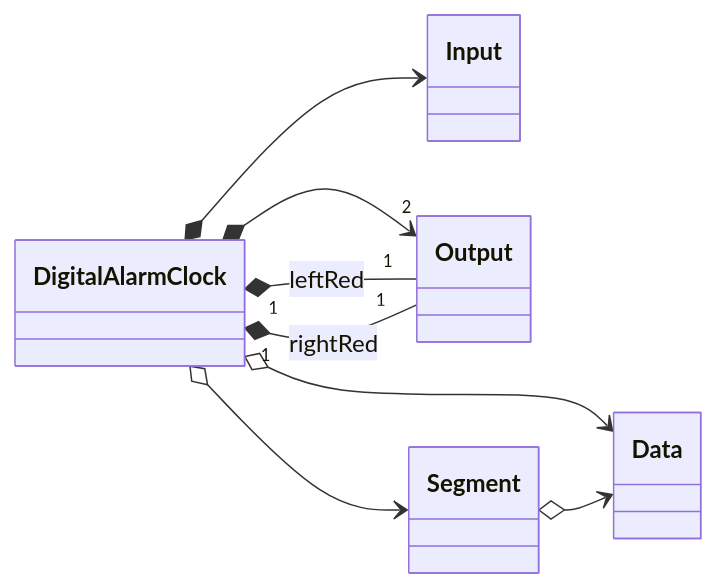
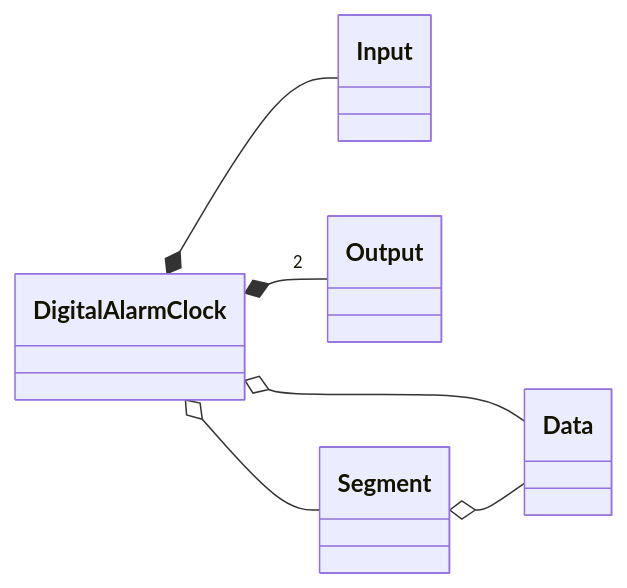
The third of 3 diagrams in README.md (vermilion9312/digital-alarm-clock), drawn with Mermaid before and after one commit. The commit also changed other lines of this file, not shown here.

````diff
--- a/README.md
+++ b/README.md
@@ -79,30 +79,28 @@
 ```mermaid
 classDiagram
 direction LR
 
 class Input {
 }
 
 class Output {
 }
 
 class Segment {
 }
 
 class Data {
 }
 
 class DigitalAlarmClock {
 }
 
-DigitalAlarmClock *--> Input
-DigitalAlarmClock *--> "2" Output
-DigitalAlarmClock o--> Segment
-DigitalAlarmClock o--> Data
-Segment o--> Data
+DigitalAlarmClock *-- Input
+DigitalAlarmClock *-- "2" Output
+DigitalAlarmClock o-- Segment
+DigitalAlarmClock o-- Data
+Segment o-- Data
 
-DigitalAlarmClock "1" *-- "1" Output : leftRed
-    DigitalAlarmClock "1" *-- "1" Output : rightRed
 
 
 ```
````
